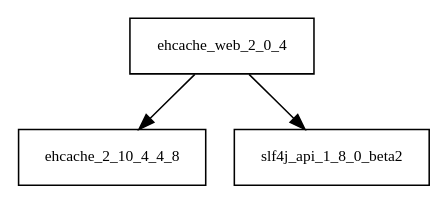
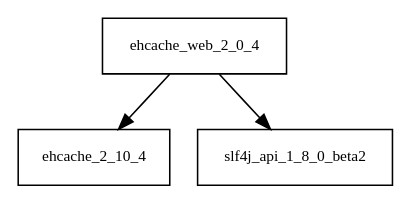
Before and after one commit to sjvs/cia: the diagram in tattleTaleReport/graphviz/ehcache-web-2.0.4.jar/ehcache-web-2.0.4.jar.dot, drawn with Graphviz. The commit also changed 1978 other files, not shown here.

```diff
--- a/tattleTaleReport/graphviz/ehcache-web-2.0.4.jar/ehcache-web-2.0.4.jar.dot
+++ b/tattleTaleReport/graphviz/ehcache-web-2.0.4.jar/ehcache-web-2.0.4.jar.dot
@@ -1,5 +1,5 @@
 digraph ehcache_web_2_0_4_dependencies {
   node [shape = box, fontsize=10.0];
-  ehcache_web_2_0_4 -> ehcache_2_10_4_4_8;
+  ehcache_web_2_0_4 -> ehcache_2_10_4;
   ehcache_web_2_0_4 -> slf4j_api_1_8_0_beta2;
 }
```
